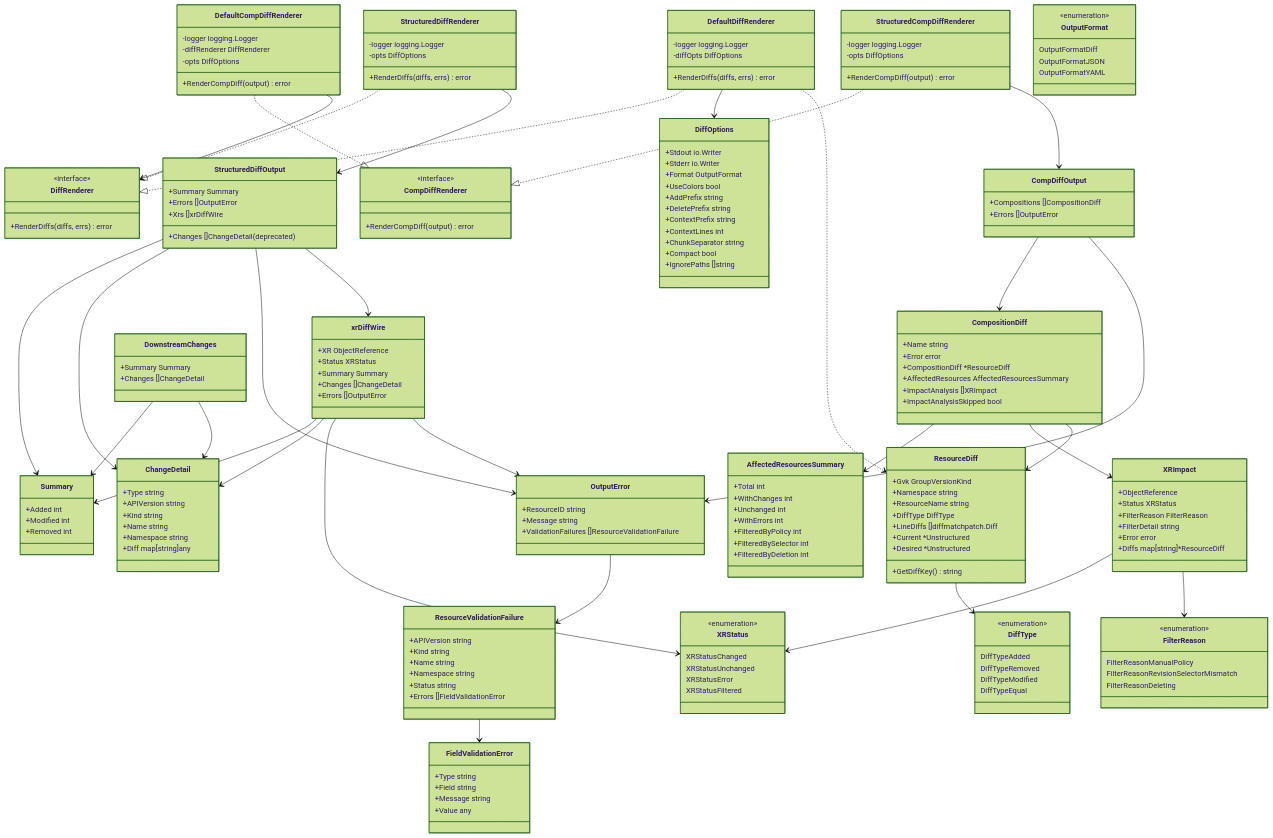
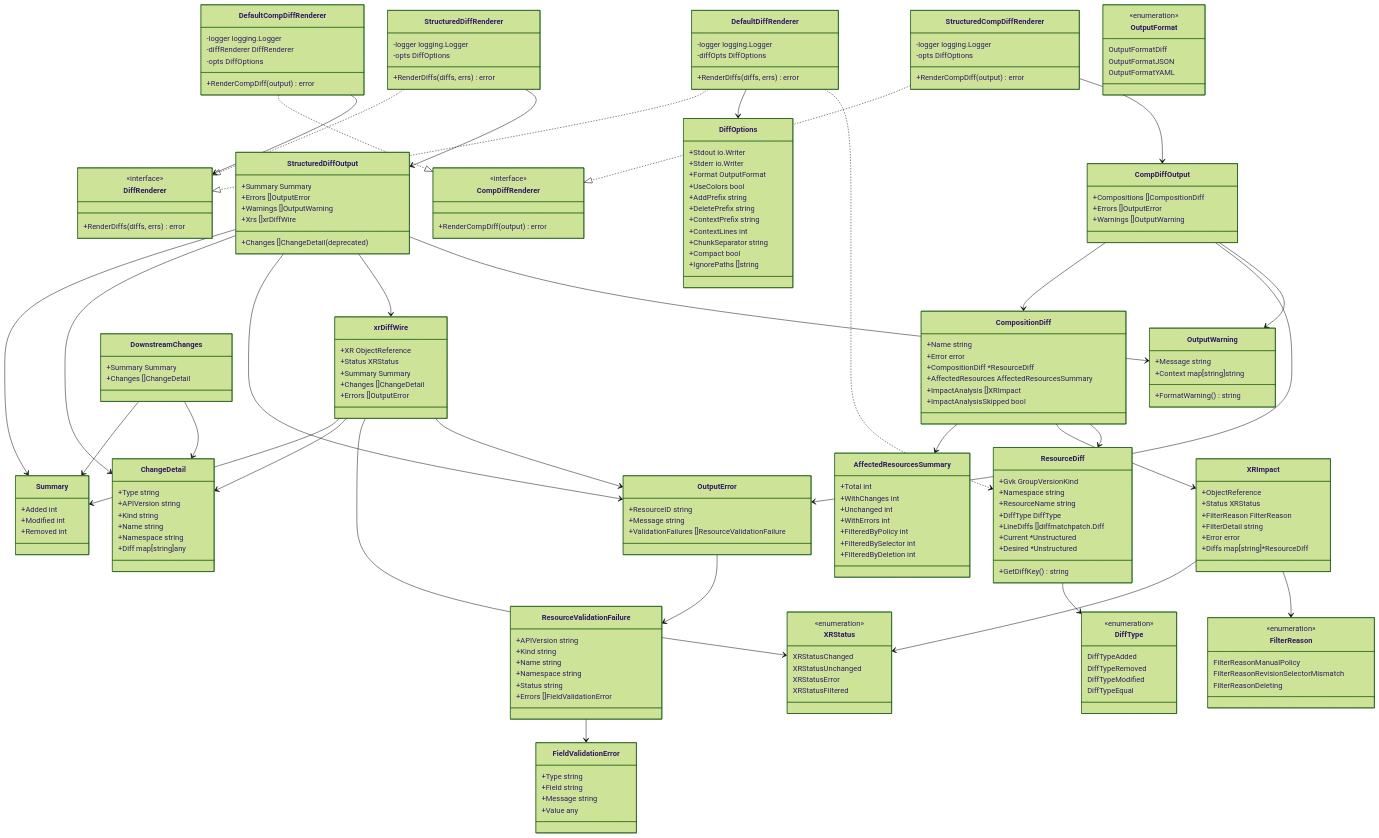
One commit to crossplane-contrib/crossplane-diff changed the diagram in design/design-doc-cli-diff/diff-rendering-architecture.mermaid. Above: the diagram before and after it, drawn with Mermaid (forest theme). The commit also changed 24 other files, not shown here.

```diff
--- a/design/design-doc-cli-diff/diff-rendering-architecture.mermaid
+++ b/design/design-doc-cli-diff/diff-rendering-architecture.mermaid
@@ -59,6 +59,7 @@
         +Summary Summary
         +Changes []ChangeDetail (deprecated)
         +Errors []OutputError
+        +Warnings []OutputWarning
         +Xrs []xrDiffWire
     }
 
@@ -89,6 +90,7 @@
     class CompDiffOutput {
         +Compositions []CompositionDiff
         +Errors []OutputError
+        +Warnings []OutputWarning
     }
 
     class CompositionDiff {
@@ -137,6 +139,12 @@
     class DownstreamChanges {
         +Summary Summary
         +Changes []ChangeDetail
+    }
+
+    class OutputWarning {
+        +Message string
+        +Context map[string]string
+        +FormatWarning() string
     }
 
     class OutputError {
@@ -201,6 +209,8 @@
     xrDiffWire --> OutputError
     CompDiffOutput --> CompositionDiff
     CompDiffOutput --> OutputError
+    CompDiffOutput --> OutputWarning
+    StructuredDiffOutput --> OutputWarning
     CompositionDiff --> AffectedResourcesSummary
     CompositionDiff --> XRImpact
     CompositionDiff --> ResourceDiff
```
